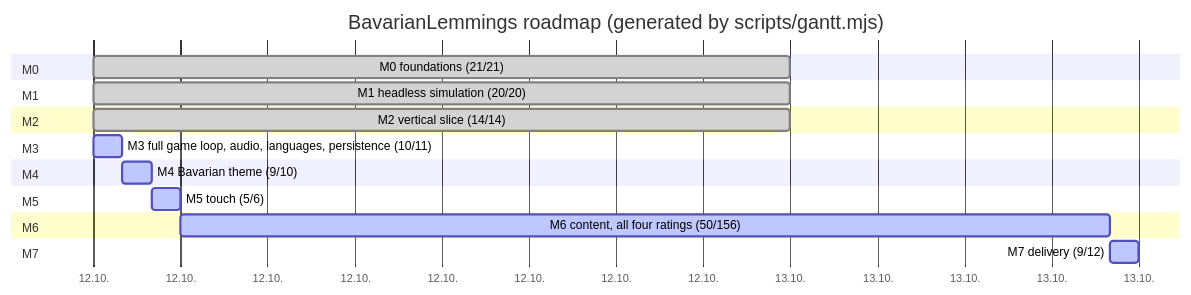
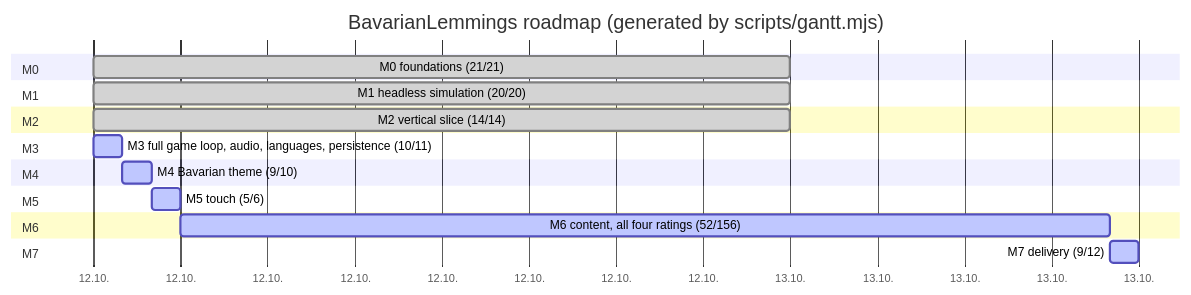
The diagram in plan.md (marcelpetrick/BavarianLemmings), drawn with Mermaid before and after one commit. The commit also changed other lines of this file and 21 other files, not shown here.

````diff
--- a/plan.md
+++ b/plan.md
@@ -43,22 +43,22 @@
 ```mermaid
 gantt
     title BavarianLemmings roadmap (generated by scripts/gantt.mjs)
     dateFormat  YYYY-MM-DD
     axisFormat  %d.%m.
     section M0
     M0 foundations (21/21) :done, m0, 2026-10-12, 1d
     section M1
     M1 headless simulation (20/20) :done, m1, 2026-10-12, 1d
     section M2
     M2 vertical slice (14/14) :done, m2, 2026-10-12, 1d
     section M3
     M3 full game loop, audio, languages, persistence (10/11) :active, m3, 2026-10-12, 1h
     section M4
     M4 Bavarian theme (9/10) :active, m4, after m3, 1h
     section M5
     M5 touch (5/6) :active, m5, after m4, 1h
     section M6
-    M6 content, all four ratings (50/156) :active, m6, after m5, 32h
+    M6 content, all four ratings (52/156) :active, m6, after m5, 32h
     section M7
     M7 delivery (9/12) :active, m7, after m6, 1h
 ```
````
